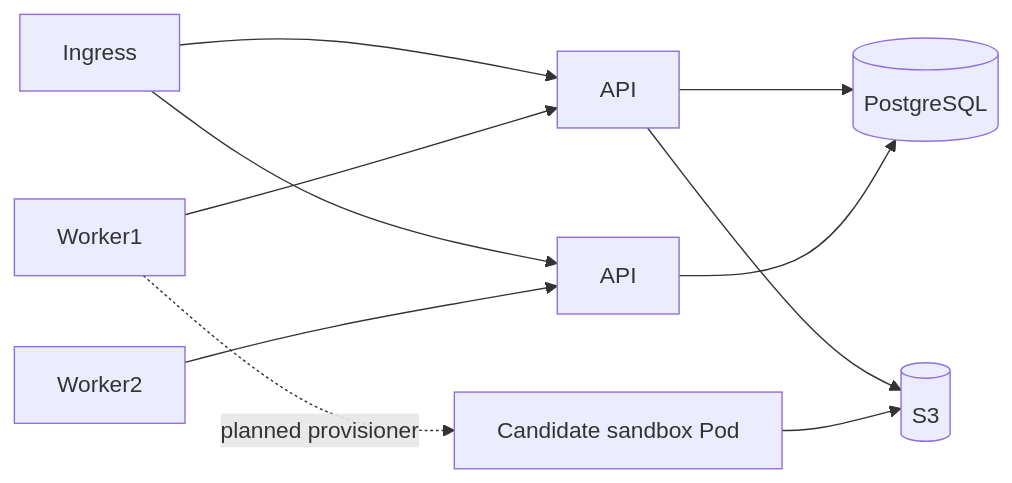
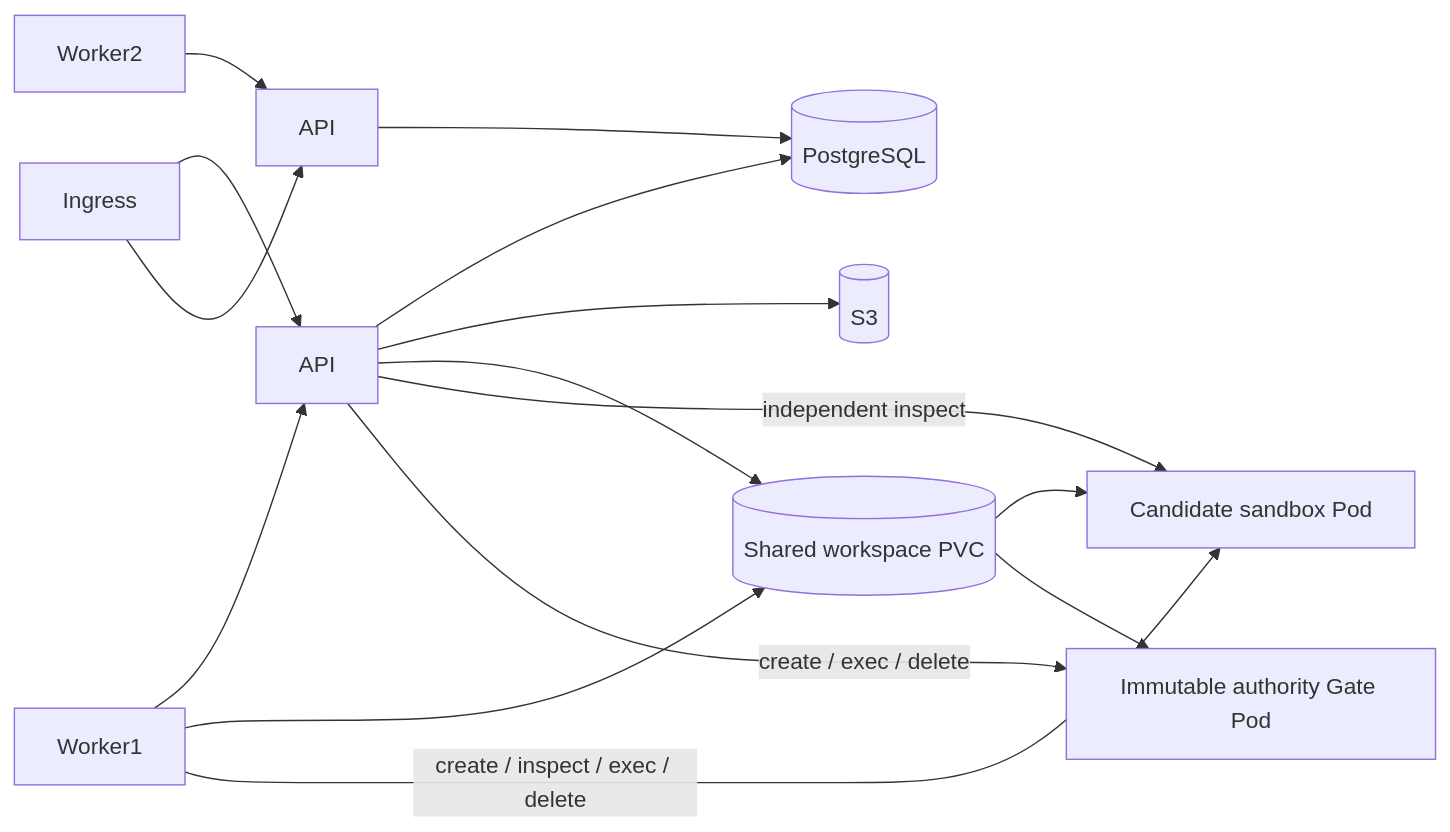
One commit to muniu-ai/muniu changed the fifth of 5 diagrams in docs/architecture.md. Above: the diagram before and after it, drawn with Mermaid. The commit also changed other lines of this file and 50 other files, not shown here.

Commit message:
feat: add Kubernetes candidate sandbox

````diff
--- a/docs/architecture.md
+++ b/docs/architecture.md
@@ -70,12 +70,17 @@
 ```mermaid
 flowchart LR
   Ingress --> API1[API]
   Ingress --> API2[API]
   API1 --> PG[(PostgreSQL)]
   API2 --> PG
   API1 --> S3[(S3)]
   Worker1 --> API1
   Worker2 --> API2
-  Worker1 -. planned provisioner .-> Pod[Candidate sandbox Pod]
-  Pod --> S3
+  API1 --> PVC[(Shared workspace PVC)]
+  Worker1 --> PVC
+  Worker1 -->|create / inspect / exec / delete| Pod[Candidate sandbox Pod]
+  API1 -->|independent inspect| Pod
+  API1 -->|create / exec / delete| GatePod[Immutable authority Gate Pod]
+  PVC --> Pod
+  PVC --> GatePod
 ```
````
